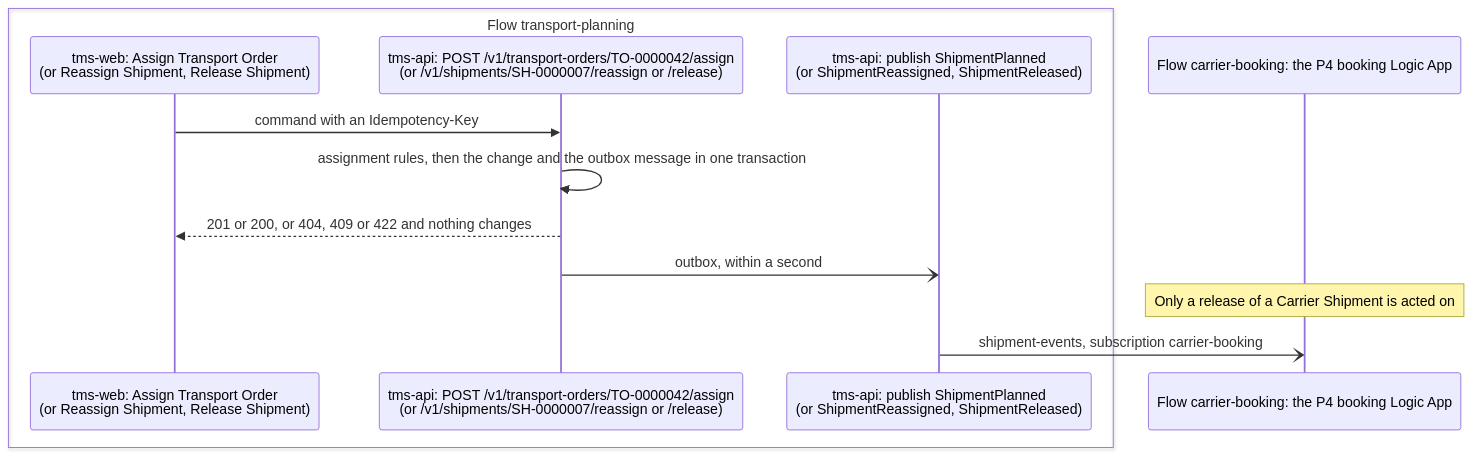
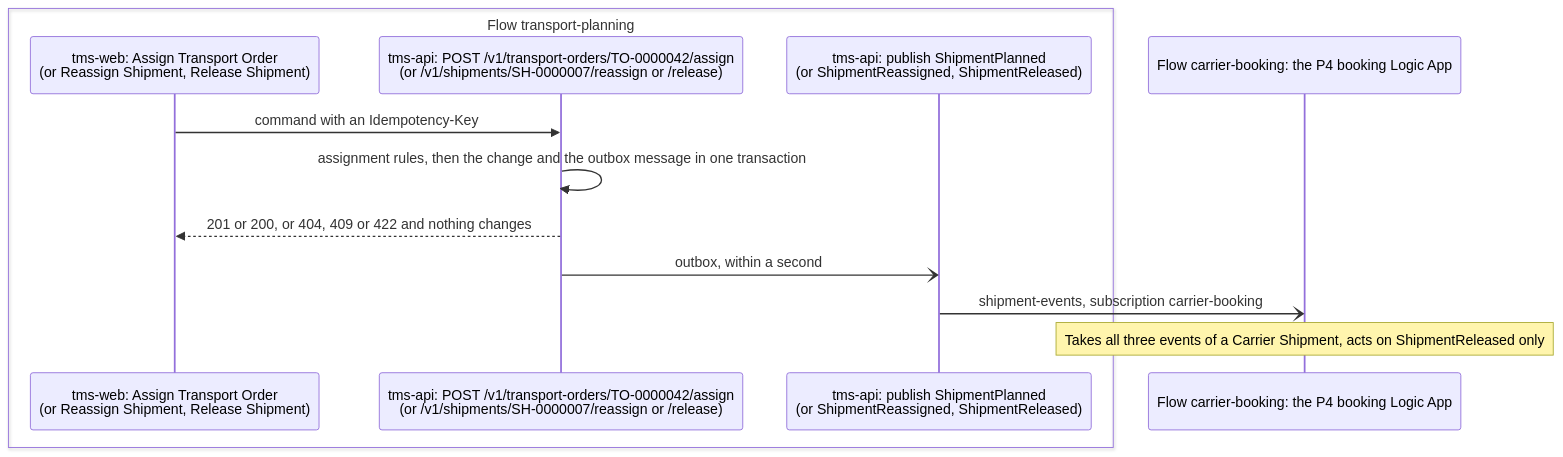
One commit to congruent-it/norvia-sandbox changed the diagram in docs/processes/tms/p3-transport-planning.md. Above: the diagram before and after it, drawn with Mermaid. The commit also changed other lines of this file, not shown here.

Commit message:
Tidy the P3 Implementation diagram note and Locally paragraph (#238)

````diff
--- a/docs/processes/tms/p3-transport-planning.md
+++ b/docs/processes/tms/p3-transport-planning.md
@@ -128,15 +128,15 @@
 ```mermaid
 sequenceDiagram
     box transparent Flow transport-planning
         participant ui as tms-web: Assign Transport Order<br/>(or Reassign Shipment, Release Shipment)
         participant call as tms-api: POST /v1/transport-orders/TO-0000042/assign<br/>(or /v1/shipments/SH-0000007/reassign or /release)
         participant pub as tms-api: publish ShipmentPlanned<br/>(or ShipmentReassigned, ShipmentReleased)
     end
     participant booking as Flow carrier-booking: the P4 booking Logic App
     ui->>call: command with an Idempotency-Key
     call->>call: assignment rules, then the change and the outbox message in one transaction
     call-->>ui: 201 or 200, or 404, 409 or 422 and nothing changes
     call-)pub: outbox, within a second
-    Note over booking: Only a release of a Carrier Shipment is acted on
     pub-)booking: shipment-events, subscription carrier-booking
+    Note over booking: Takes all three events of a Carrier Shipment, acts on ShipmentReleased only
 ```
````
